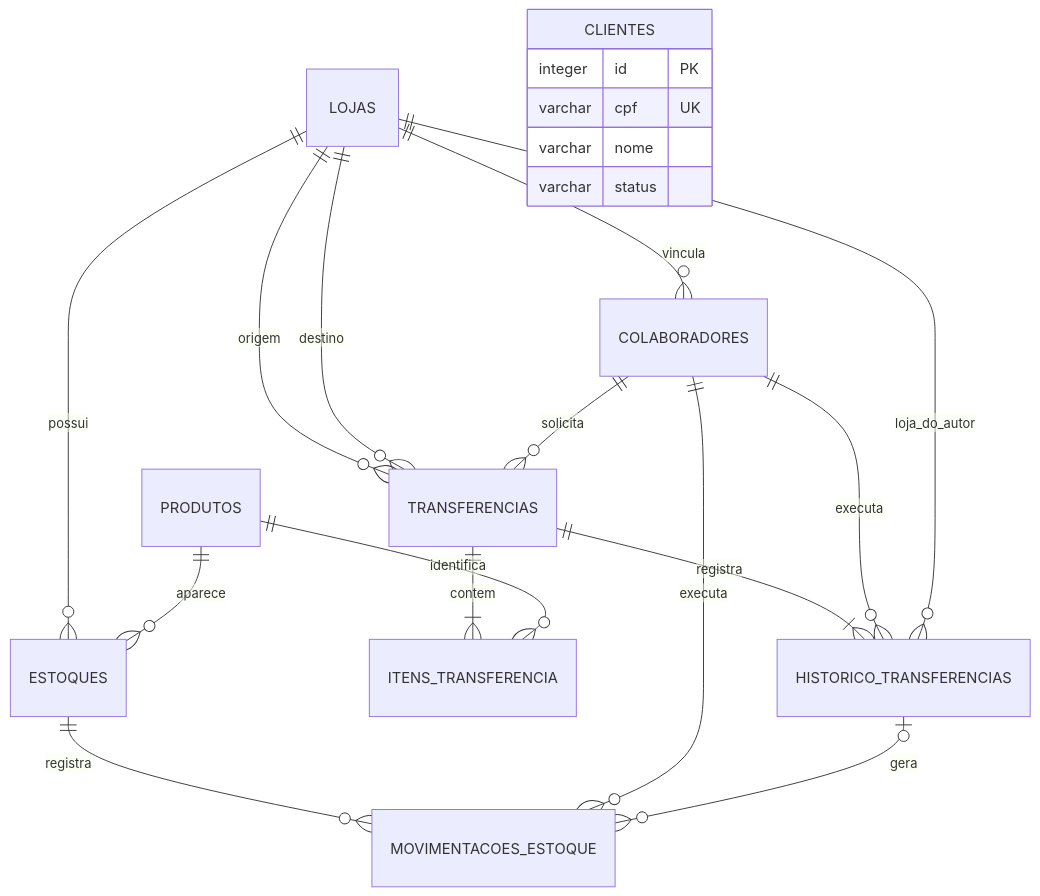
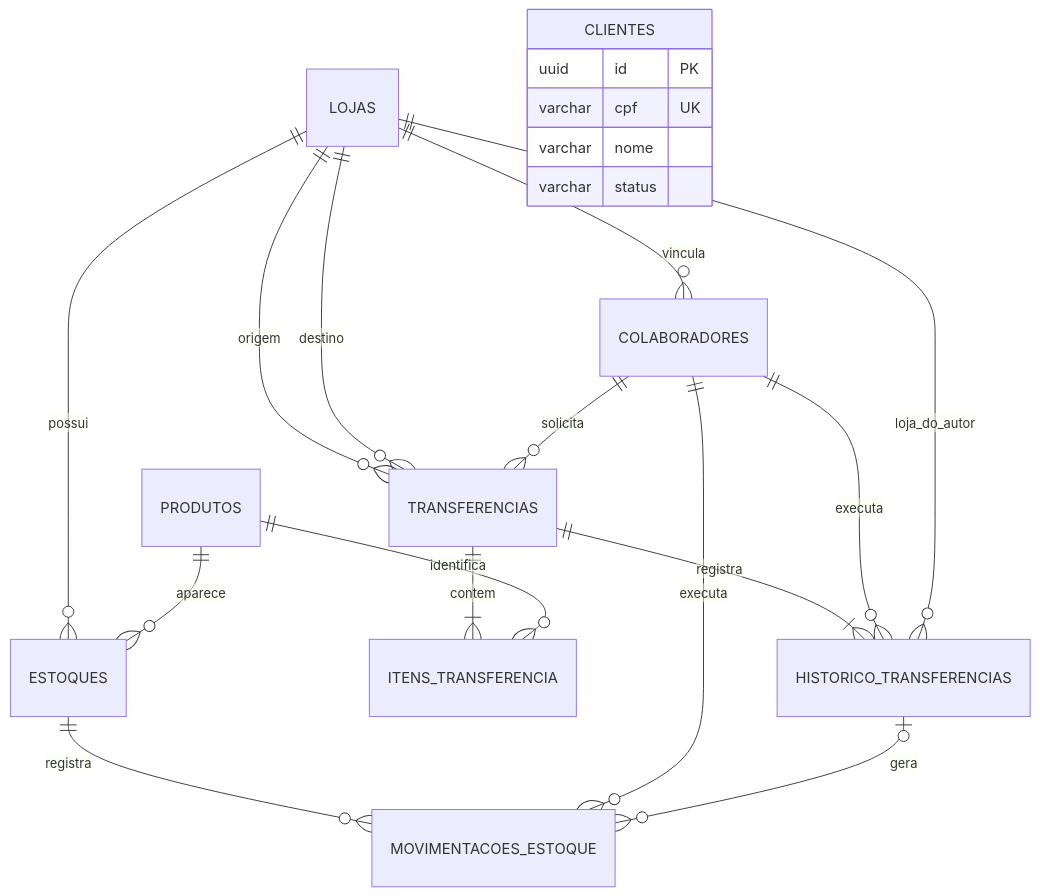
Before and after one commit to rogerr23/estoqueAPI: the diagram in docs/MODELAGEM-DE-DADOS-V1.md, drawn with Mermaid. The commit also changed other lines of this file and 14 other files, not shown here.

````diff
--- a/docs/MODELAGEM-DE-DADOS-V1.md
+++ b/docs/MODELAGEM-DE-DADOS-V1.md
@@ -41,23 +41,23 @@
 ```mermaid
 erDiagram
     LOJAS ||--o{ COLABORADORES : vincula
     LOJAS ||--o{ ESTOQUES : possui
     PRODUTOS ||--o{ ESTOQUES : aparece
     LOJAS ||--o{ TRANSFERENCIAS : origem
     LOJAS ||--o{ TRANSFERENCIAS : destino
     COLABORADORES ||--o{ TRANSFERENCIAS : solicita
     TRANSFERENCIAS ||--|{ ITENS_TRANSFERENCIA : contem
     PRODUTOS ||--o{ ITENS_TRANSFERENCIA : identifica
     TRANSFERENCIAS ||--|{ HISTORICO_TRANSFERENCIAS : registra
     COLABORADORES ||--o{ HISTORICO_TRANSFERENCIAS : executa
     LOJAS ||--o{ HISTORICO_TRANSFERENCIAS : loja_do_autor
     ESTOQUES ||--o{ MOVIMENTACOES_ESTOQUE : registra
     COLABORADORES ||--o{ MOVIMENTACOES_ESTOQUE : executa
     HISTORICO_TRANSFERENCIAS o|--o{ MOVIMENTACOES_ESTOQUE : gera
     CLIENTES {
-        integer id PK
+        uuid id PK
         varchar cpf UK
         varchar nome
         varchar status
     }
 ```
````
